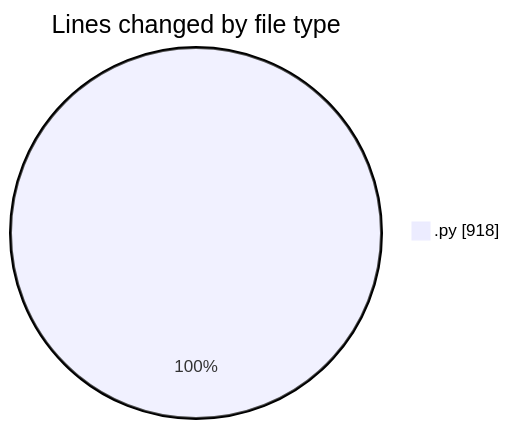
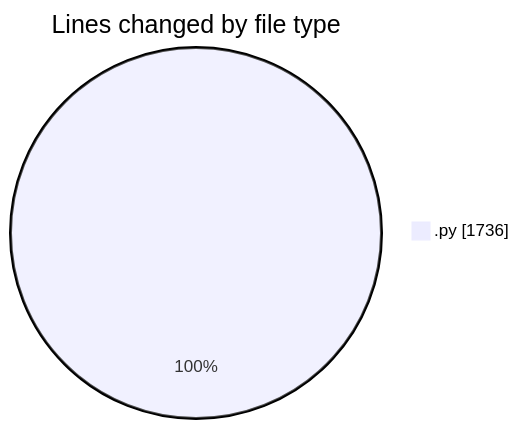
One commit to jrari/code-tracking changed the first of 2 diagrams in 2025-07-15/telebot/README.md. Above: the diagram before and after it, drawn with Mermaid. The commit also changed other lines of this file and 1 other file, not shown here.

````diff
--- a/2025-07-15/telebot/README.md
+++ b/2025-07-15/telebot/README.md
@@ -21,5 +22,5 @@
 ```mermaid
 pie showData
 title Lines changed by file type
-".py" : 918
+".py" : 1736
 ```
````
